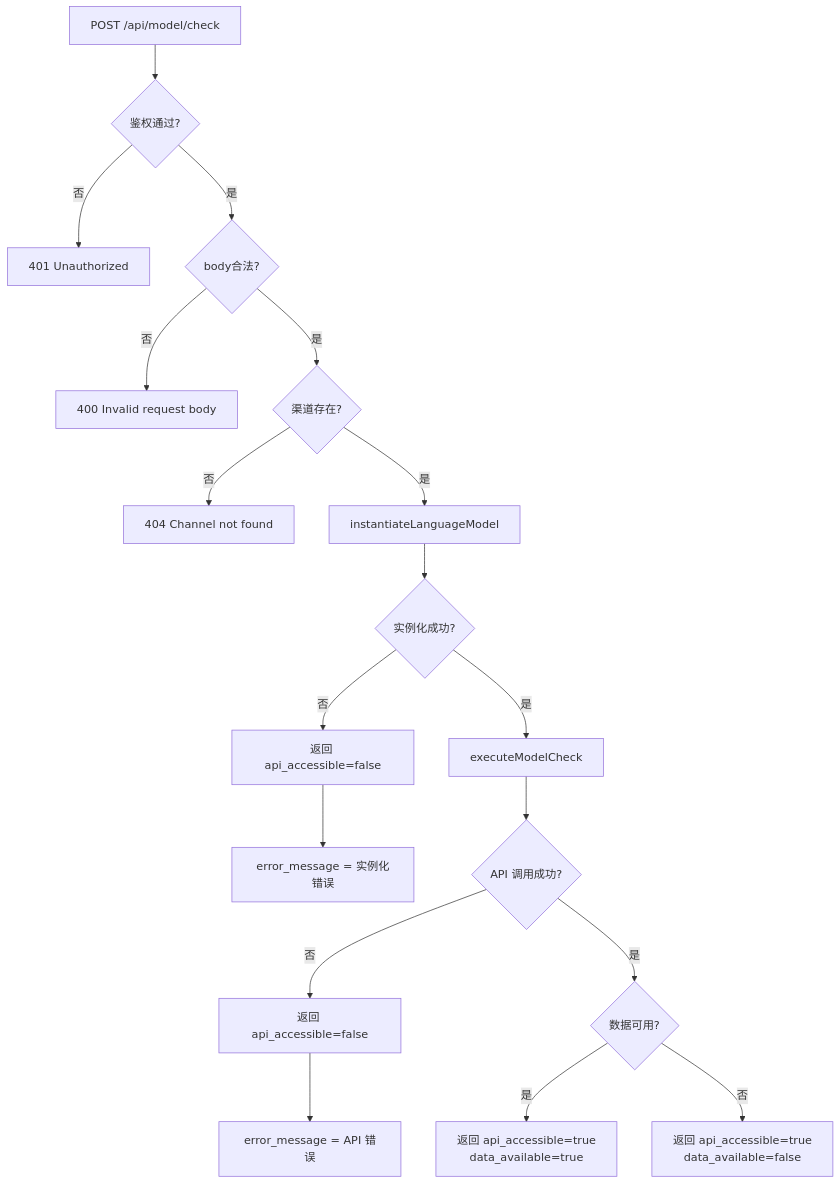
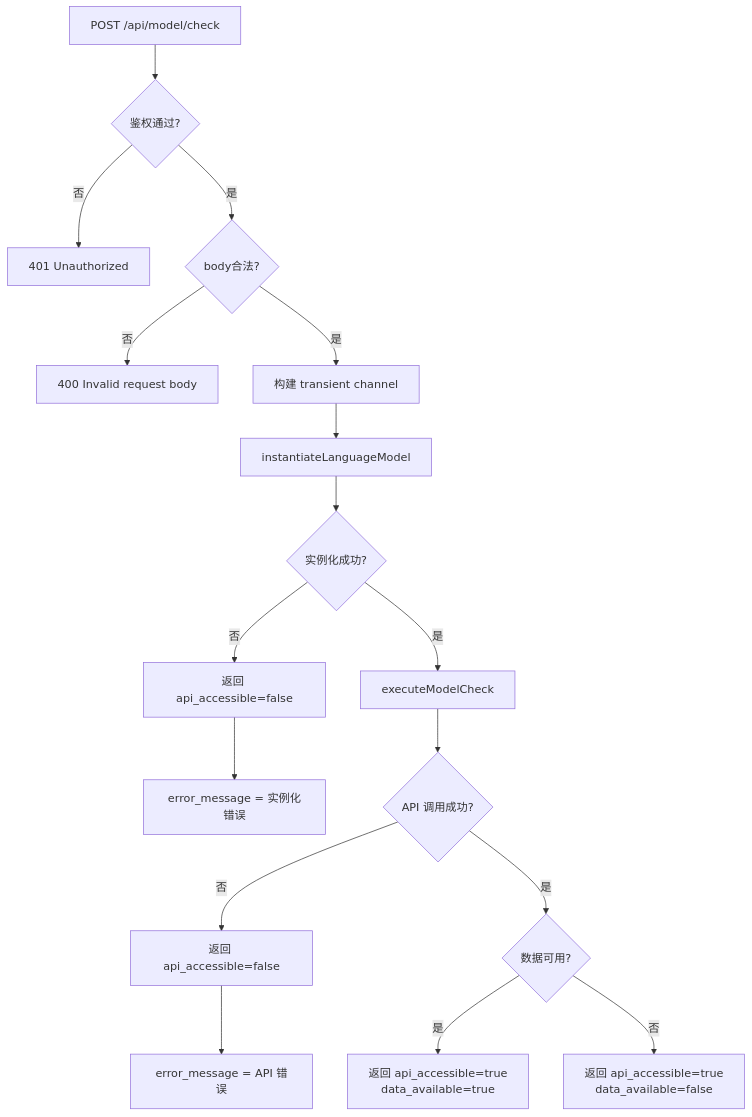
One commit to excing/open-ai-gateway changed the tenth of 10 diagrams in DEVELOPMENT.md. Above: the diagram before and after it, drawn with Mermaid. The commit also changed other lines of this file and 1 other file, not shown here.

Commit message:
refactor: update API endpoints to use POST for channel model retrieval and enhance request handling

````diff
--- a/DEVELOPMENT.md
+++ b/DEVELOPMENT.md
@@ -1793,20 +1840,19 @@
 ```mermaid
 flowchart TD
     A[POST /api/model/check] --> B{鉴权通过?}
     B -->|否| C[401 Unauthorized]
     B -->|是| D{body合法?}
     D -->|否| E[400 Invalid request body]
-    D -->|是| F{渠道存在?}
-    F -->|否| G[404 Channel not found]
-    F -->|是| H[instantiateLanguageModel]
+    D -->|是| F[构建 transient channel]
+    F --> H[instantiateLanguageModel]
     H --> I{实例化成功?}
     I -->|否| J[返回 api_accessible=false]
     J --> K[error_message = 实例化错误]
     I -->|是| L[executeModelCheck]
     L --> M{API 调用成功?}
     M -->|否| N[返回 api_accessible=false]
     N --> O[error_message = API 错误]
     M -->|是| P{数据可用?}
     P -->|是| Q[返回 api_accessible=true<br/>data_available=true]
     P -->|否| R[返回 api_accessible=true<br/>data_available=false]
 ```
````
